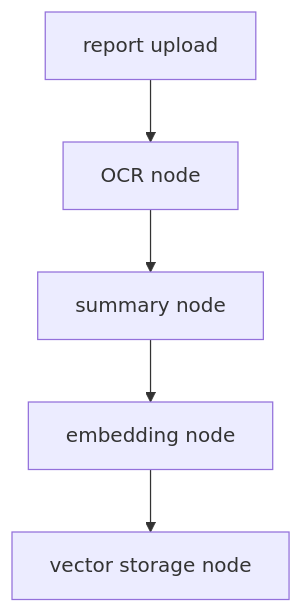
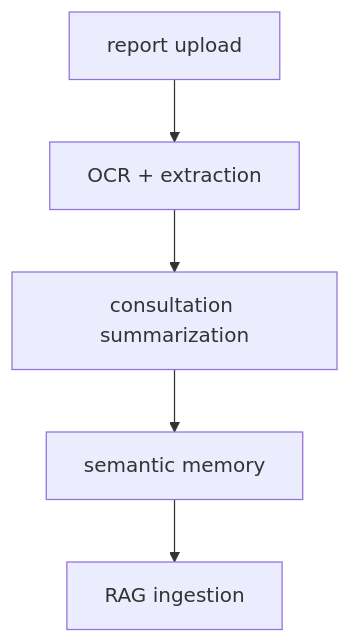
Diagram 15 of 19 in backend/backend.md (Dipurajasaha/DocTalk), drawn with Mermaid before and after one commit. The commit also changed other lines of this file and 5 other files, not shown here.

````diff
--- a/backend/backend.md
+++ b/backend/backend.md
@@ -547,7 +727,7 @@
 ```mermaid
 flowchart TD
-    Upload[report upload] --> OCR[OCR node]
-    OCR --> SUM[summary node]
-    SUM --> EMB[embedding node]
-    EMB --> STORE[vector storage node]
+    Upload[report upload] --> OCR[OCR + extraction]
+    OCR --> SUM[consultation summarization]
+    SUM --> MEM[semantic memory]
+    MEM --> STORE[RAG ingestion]
 ```
````
